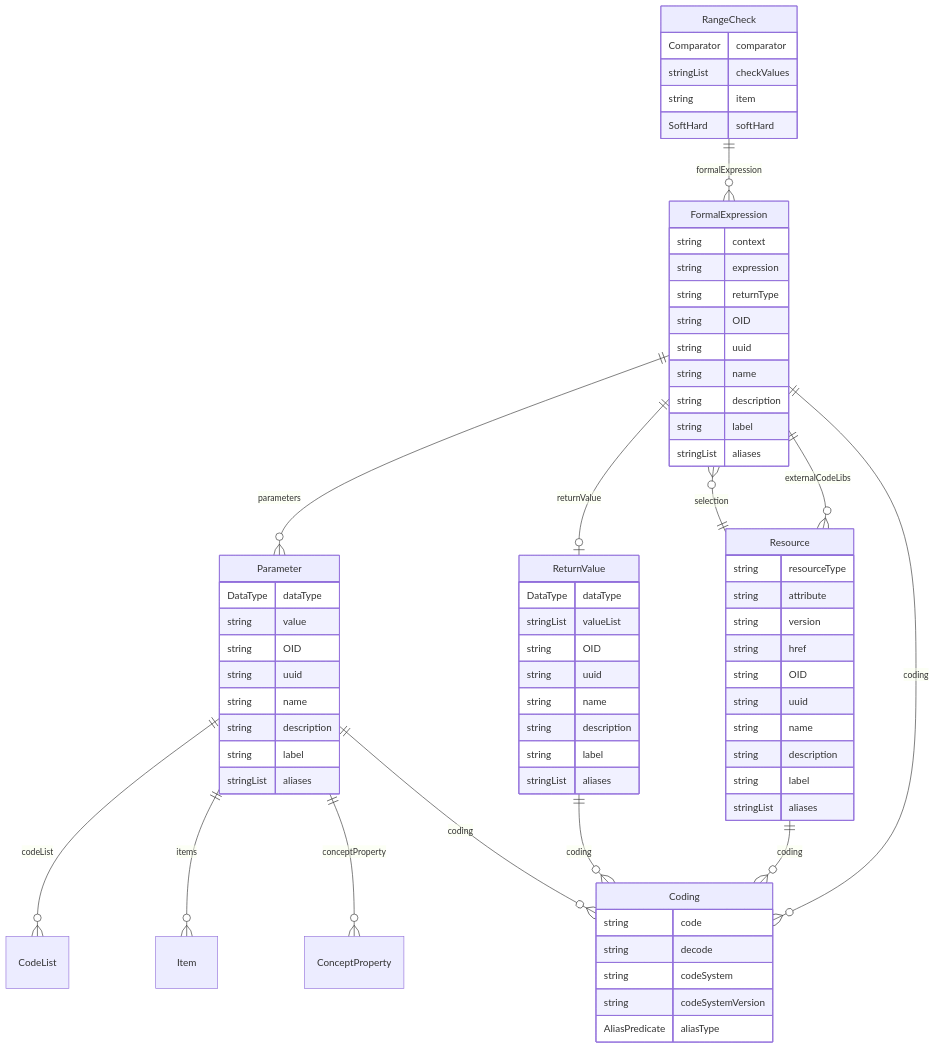
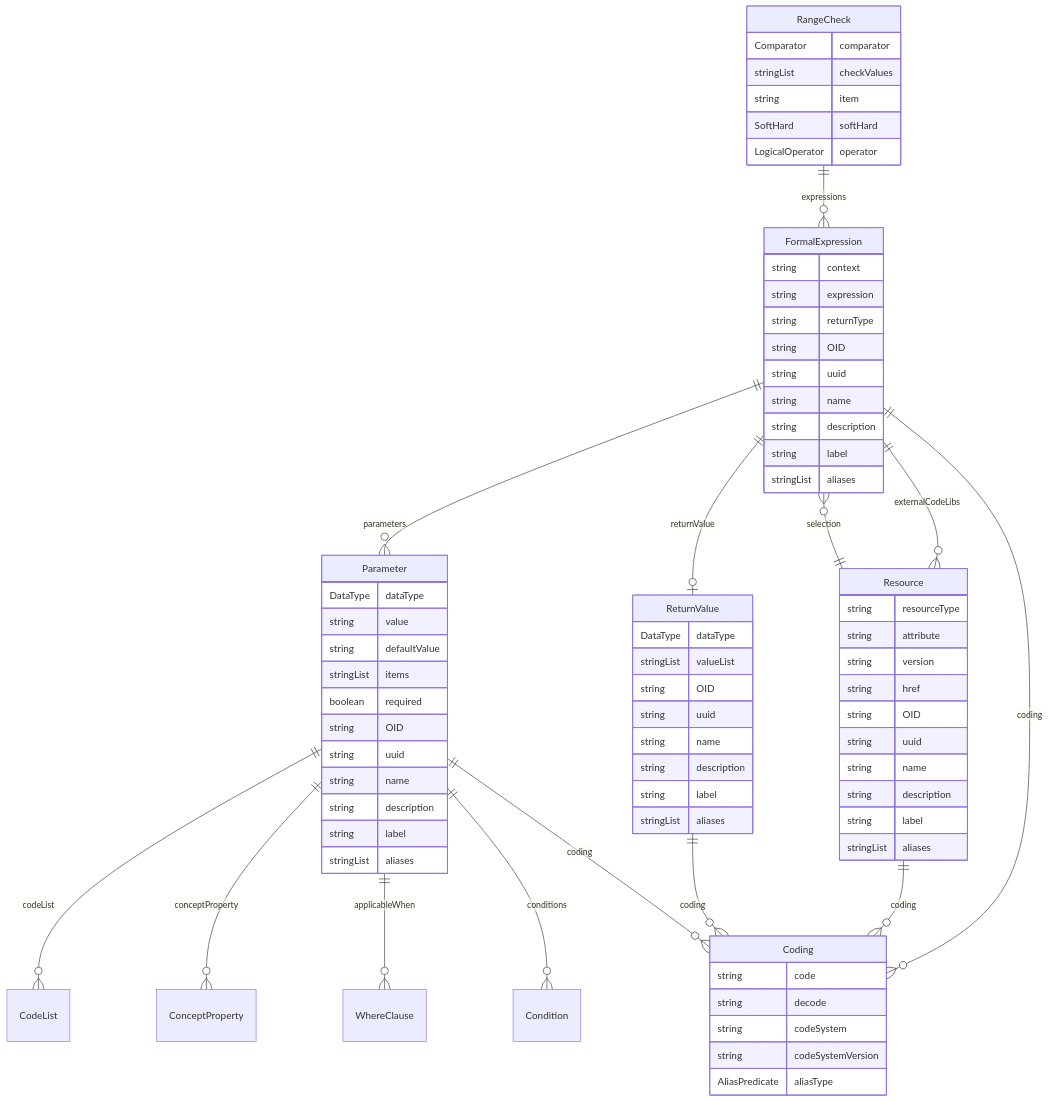
The diagram in docs/classes/RangeCheck.md (TeMeta/define-json), drawn with Mermaid before and after one commit. The commit also changed other lines of this file and 260 other files, not shown here.

````diff
--- a/docs/classes/RangeCheck.md
+++ b/docs/classes/RangeCheck.md
@@ -16,73 +16,78 @@
 ```mermaid
 erDiagram
 RangeCheck {
     Comparator comparator  
     stringList checkValues  
     string item  
     SoftHard softHard  
+    LogicalOperator operator  
 }
 FormalExpression {
     string context  
     string expression  
     string returnType  
     string OID  
     string uuid  
     string name  
     string description  
     string label  
     stringList aliases  
 }
 Coding {
     string code  
     string decode  
     string codeSystem  
     string codeSystemVersion  
     AliasPredicate aliasType  
 }
 Resource {
     string resourceType  
     string attribute  
     string version  
     string href  
     string OID  
     string uuid  
     string name  
     string description  
     string label  
     stringList aliases  
 }
 ReturnValue {
     DataType dataType  
     stringList valueList  
     string OID  
     string uuid  
     string name  
     string description  
     string label  
     stringList aliases  
 }
 Parameter {
     DataType dataType  
     string value  
+    string defaultValue  
+    stringList items  
+    boolean required  
     string OID  
     string uuid  
     string name  
     string description  
     string label  
     stringList aliases  
 }
 
-RangeCheck ||--}o FormalExpression : "formalExpression"
+RangeCheck ||--}o FormalExpression : "expressions"
 FormalExpression ||--}o Parameter : "parameters"
 FormalExpression ||--|o ReturnValue : "returnValue"
 FormalExpression ||--}o Resource : "externalCodeLibs"
 FormalExpression ||--}o Coding : "coding"
 Resource ||--}o FormalExpression : "selection"
 Resource ||--}o Coding : "coding"
 ReturnValue ||--}o Coding : "coding"
 Parameter ||--}o CodeList : "codeList"
-Parameter ||--}o Item : "items"
 Parameter ||--}o ConceptProperty : "conceptProperty"
+Parameter ||--}o WhereClause : "applicableWhen"
+Parameter ||--}o Condition : "conditions"
 Parameter ||--}o Coding : "coding"
 
 ```
````
